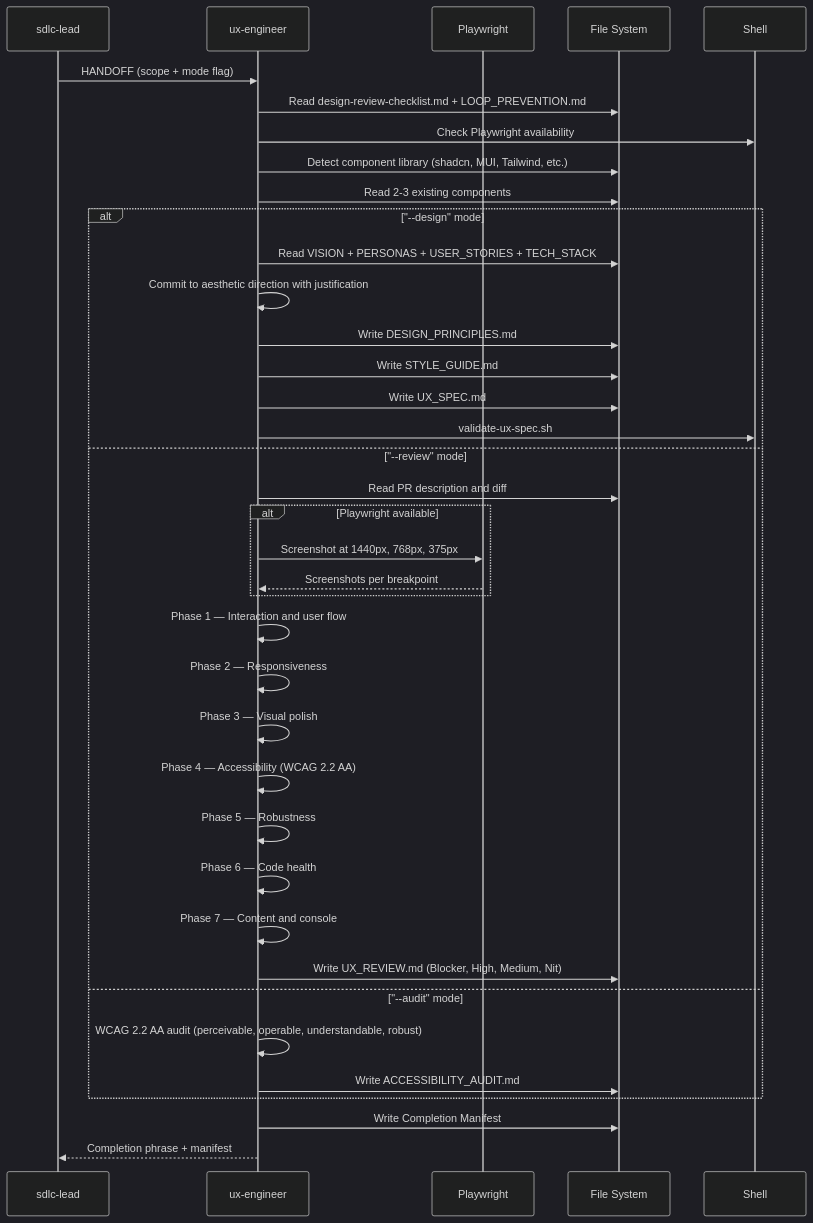
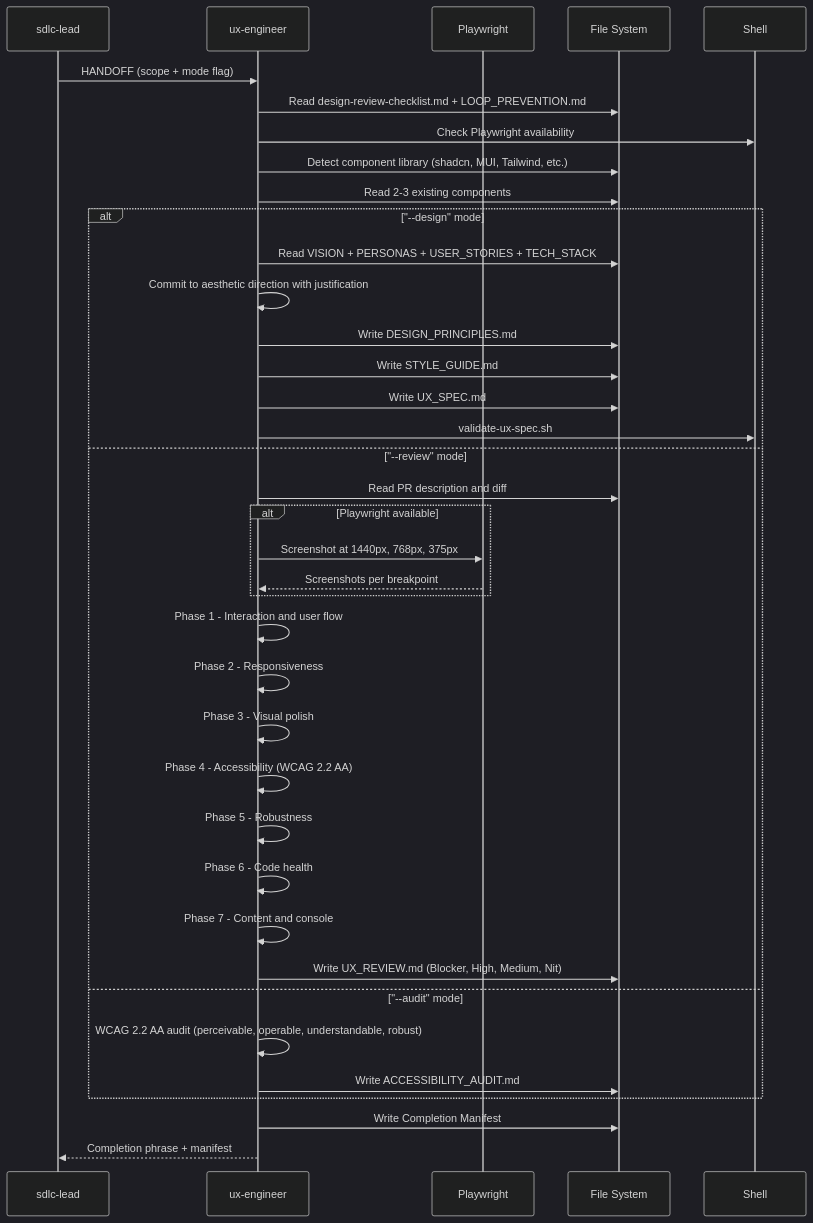
One commit to bpmforge/attest changed the diagram in docs/review/05-agents/12-ux-engineer.md. Above: the diagram before and after it, drawn with Mermaid (dark theme). The commit also changed 28 other files, not shown here.

First line of the commit message:
docs: refresh all docs for v1.1-v1.6 + autofix mermaid in review book

````diff
--- a/docs/review/05-agents/12-ux-engineer.md
+++ b/docs/review/05-agents/12-ux-engineer.md
@@ -13,43 +13,43 @@
 ```mermaid
 sequenceDiagram
     participant LEAD as sdlc-lead
     participant UX as ux-engineer
     participant PW as Playwright
     participant FS as File System
     participant SH as Shell
 
     LEAD->>UX: HANDOFF (scope + mode flag)
     UX->>FS: Read design-review-checklist.md + LOOP_PREVENTION.md
     UX->>SH: Check Playwright availability
     UX->>FS: Detect component library (shadcn, MUI, Tailwind, etc.)
     UX->>FS: Read 2-3 existing components
 
     alt "--design" mode
         UX->>FS: Read VISION + PERSONAS + USER_STORIES + TECH_STACK
         UX->>UX: Commit to aesthetic direction with justification
         UX->>FS: Write DESIGN_PRINCIPLES.md
         UX->>FS: Write STYLE_GUIDE.md
         UX->>FS: Write UX_SPEC.md
         UX->>SH: validate-ux-spec.sh
     else "--review" mode
         UX->>FS: Read PR description and diff
         alt Playwright available
             UX->>PW: Screenshot at 1440px, 768px, 375px
             PW-->>UX: Screenshots per breakpoint
         end
-        UX->>UX: Phase 1 — Interaction and user flow
-        UX->>UX: Phase 2 — Responsiveness
-        UX->>UX: Phase 3 — Visual polish
-        UX->>UX: Phase 4 — Accessibility (WCAG 2.2 AA)
-        UX->>UX: Phase 5 — Robustness
-        UX->>UX: Phase 6 — Code health
-        UX->>UX: Phase 7 — Content and console
+        UX->>UX: Phase 1 - Interaction and user flow
+        UX->>UX: Phase 2 - Responsiveness
+        UX->>UX: Phase 3 - Visual polish
+        UX->>UX: Phase 4 - Accessibility (WCAG 2.2 AA)
+        UX->>UX: Phase 5 - Robustness
+        UX->>UX: Phase 6 - Code health
+        UX->>UX: Phase 7 - Content and console
         UX->>FS: Write UX_REVIEW.md (Blocker, High, Medium, Nit)
     else "--audit" mode
         UX->>UX: WCAG 2.2 AA audit (perceivable, operable, understandable, robust)
         UX->>FS: Write ACCESSIBILITY_AUDIT.md
     end
 
     UX->>FS: Write Completion Manifest
     UX-->>LEAD: Completion phrase + manifest
 ```
````
